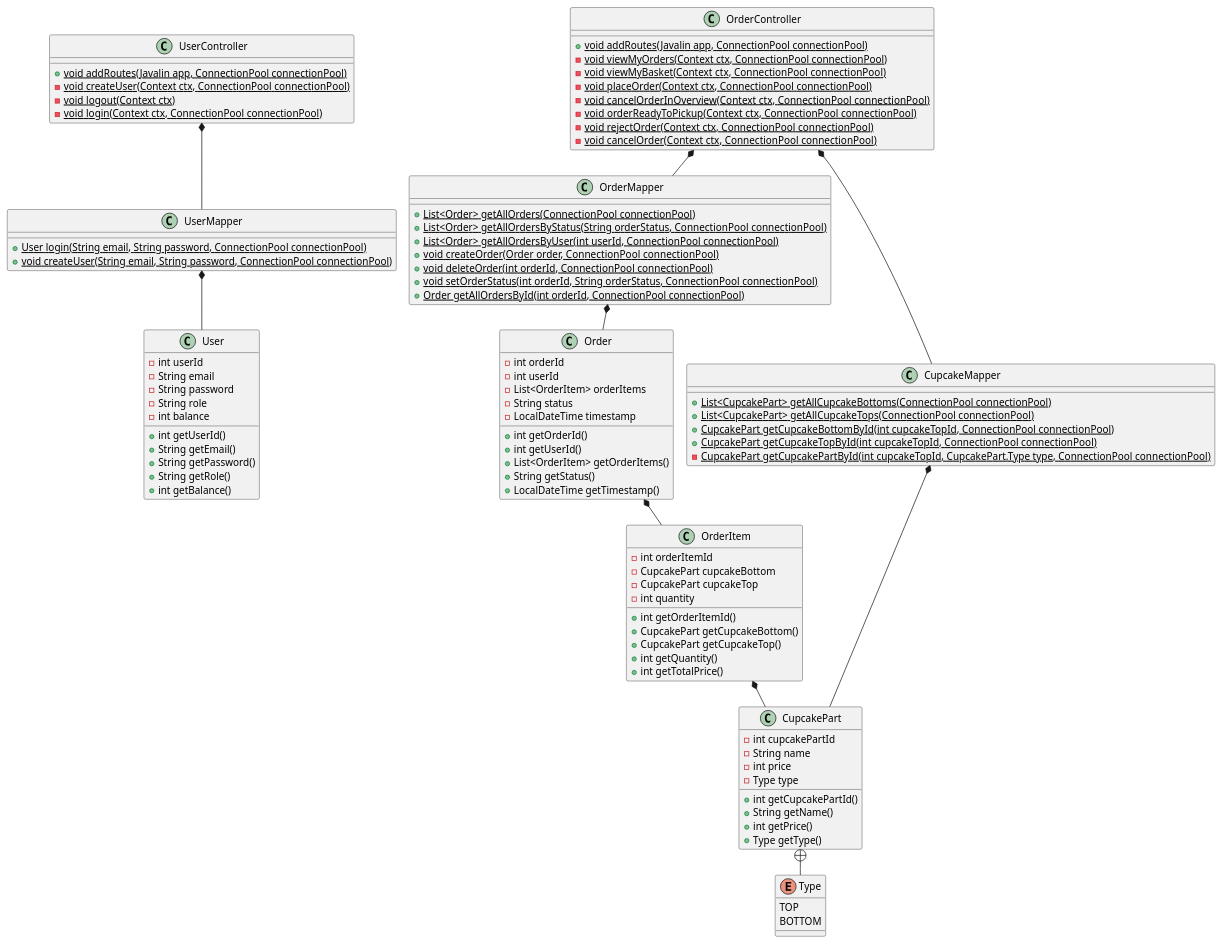
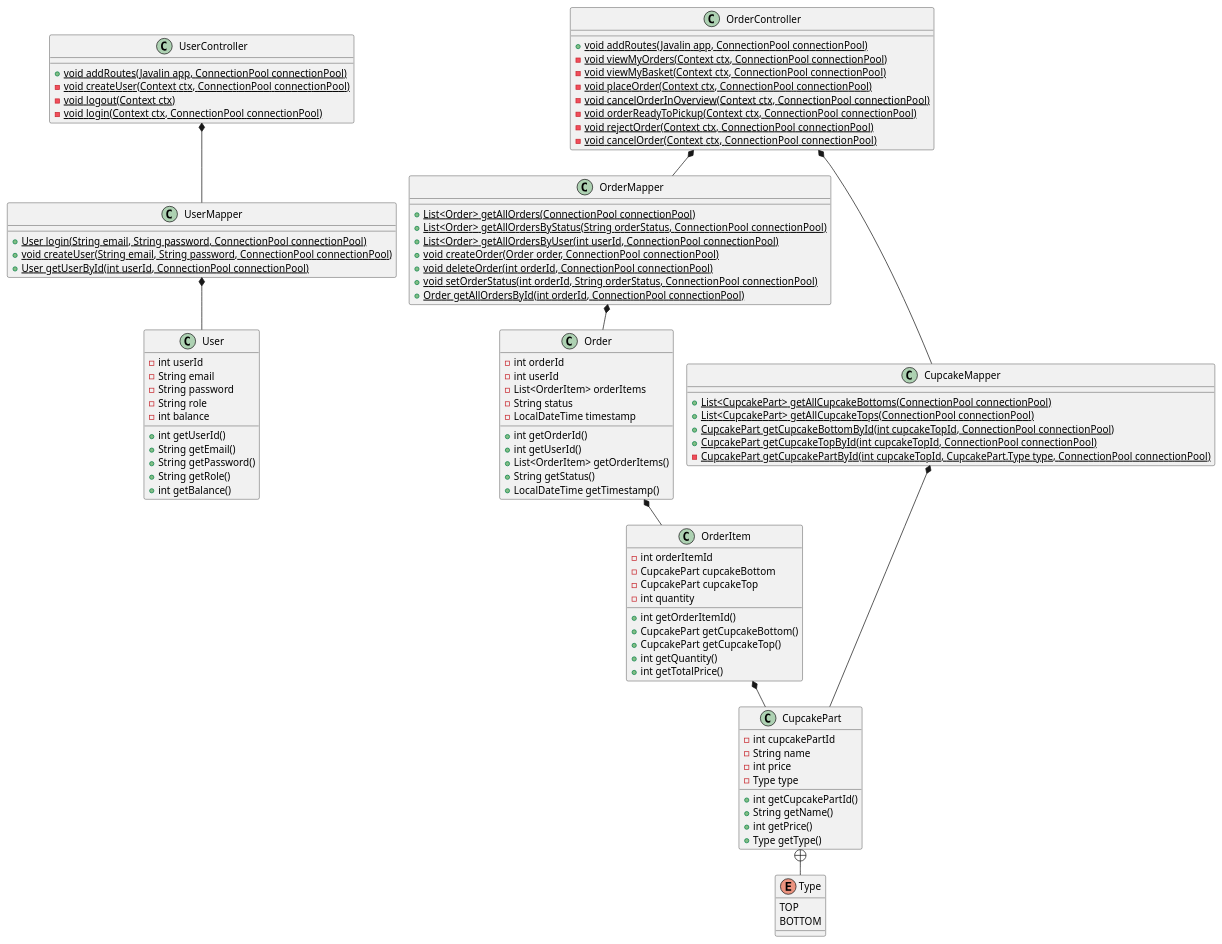
The diagram in doc/static/class diagrams/classdiagram.puml (Shiihon/Dat2_Cupcake), drawn with PlantUML before and after one commit. The commit also changed 1 other file, not shown here.

Commit message:
Add getUserById to the diagram

```diff
--- a/doc/static/class diagrams/classdiagram.puml
+++ b/doc/static/class diagrams/classdiagram.puml
@@ -1,119 +1,120 @@
 @startuml
 'https://plantuml.com/class-diagram
 
 !pragma layout smetana
 
 class UserController {
 + {static} void addRoutes(Javalin app, ConnectionPool connectionPool)
 - {static} void createUser(Context ctx, ConnectionPool connectionPool)
 - {static} void logout(Context ctx)
 - {static} void login(Context ctx, ConnectionPool connectionPool)
 }
 
 class OrderController {
 + {static} void addRoutes(Javalin app, ConnectionPool connectionPool)
 - {static} void viewMyOrders(Context ctx, ConnectionPool connectionPool)
 - {static} void viewMyBasket(Context ctx, ConnectionPool connectionPool)
 - {static} void placeOrder(Context ctx, ConnectionPool connectionPool)
 - {static} void cancelOrderInOverview(Context ctx, ConnectionPool connectionPool)
 - {static} void orderReadyToPickup(Context ctx, ConnectionPool connectionPool)
 - {static} void rejectOrder(Context ctx, ConnectionPool connectionPool)
 - {static} void cancelOrder(Context ctx, ConnectionPool connectionPool)
 }
 
 class UserMapper {
 + {static} User login(String email, String password, ConnectionPool connectionPool)
 + {static} void createUser(String email, String password, ConnectionPool connectionPool)
++ {static} User getUserById(int userId, ConnectionPool connectionPool)
 }
 
 class OrderMapper {
 + {static} List<Order> getAllOrders(ConnectionPool connectionPool)
 + {static} List<Order> getAllOrdersByStatus(String orderStatus, ConnectionPool connectionPool)
 + {static} List<Order> getAllOrdersByUser(int userId, ConnectionPool connectionPool)
 + {static} void createOrder(Order order, ConnectionPool connectionPool)
 + {static} void deleteOrder(int orderId, ConnectionPool connectionPool)
 + {static} void setOrderStatus(int orderId, String orderStatus, ConnectionPool connectionPool)
 + {static} Order getAllOrdersById(int orderId, ConnectionPool connectionPool)
 }
 
 class CupcakeMapper {
 + {static} List<CupcakePart> getAllCupcakeBottoms(ConnectionPool connectionPool)
 + {static} List<CupcakePart> getAllCupcakeTops(ConnectionPool connectionPool)
 + {static} CupcakePart getCupcakeBottomById(int cupcakeTopId, ConnectionPool connectionPool)
 + {static} CupcakePart getCupcakeTopById(int cupcakeTopId, ConnectionPool connectionPool)
 - {static} CupcakePart getCupcakePartById(int cupcakeTopId, CupcakePart.Type type, ConnectionPool connectionPool)
 }
 
 class User {
 - int userId
 - String email
 - String password
 - String role
 - int balance
 
 + int getUserId()
 + String getEmail()
 + String getPassword()
 + String getRole()
 + int getBalance()
 }
 
 class Order {
 - int orderId
 - int userId
 - List<OrderItem> orderItems
 - String status
 - LocalDateTime timestamp
 
 + int getOrderId()
 + int getUserId()
 + List<OrderItem> getOrderItems()
 + String getStatus()
 + LocalDateTime getTimestamp()
 }
 
 class OrderItem {
 - int orderItemId
 - CupcakePart cupcakeBottom
 - CupcakePart cupcakeTop
 - int quantity
 
 + int getOrderItemId()
 + CupcakePart getCupcakeBottom()
 + CupcakePart getCupcakeTop()
 + int getQuantity()
 + int getTotalPrice()
 }
 
 class CupcakePart {
 - int cupcakePartId
 - String name
 - int price
 - Type type
 
 + int getCupcakePartId()
 + String getName()
 + int getPrice()
 + Type getType()
 }
 
 enum Type {
 TOP
 BOTTOM
 }
 
 UserController *-- UserMapper
 OrderController *-- OrderMapper
 OrderController *-- CupcakeMapper
 
 UserMapper *-- User
 OrderMapper *-- Order
 CupcakeMapper *-- CupcakePart
 
 Order *-- OrderItem
 
 OrderItem *-- CupcakePart
 
 CupcakePart +-- Type
 
 @enduml
```
